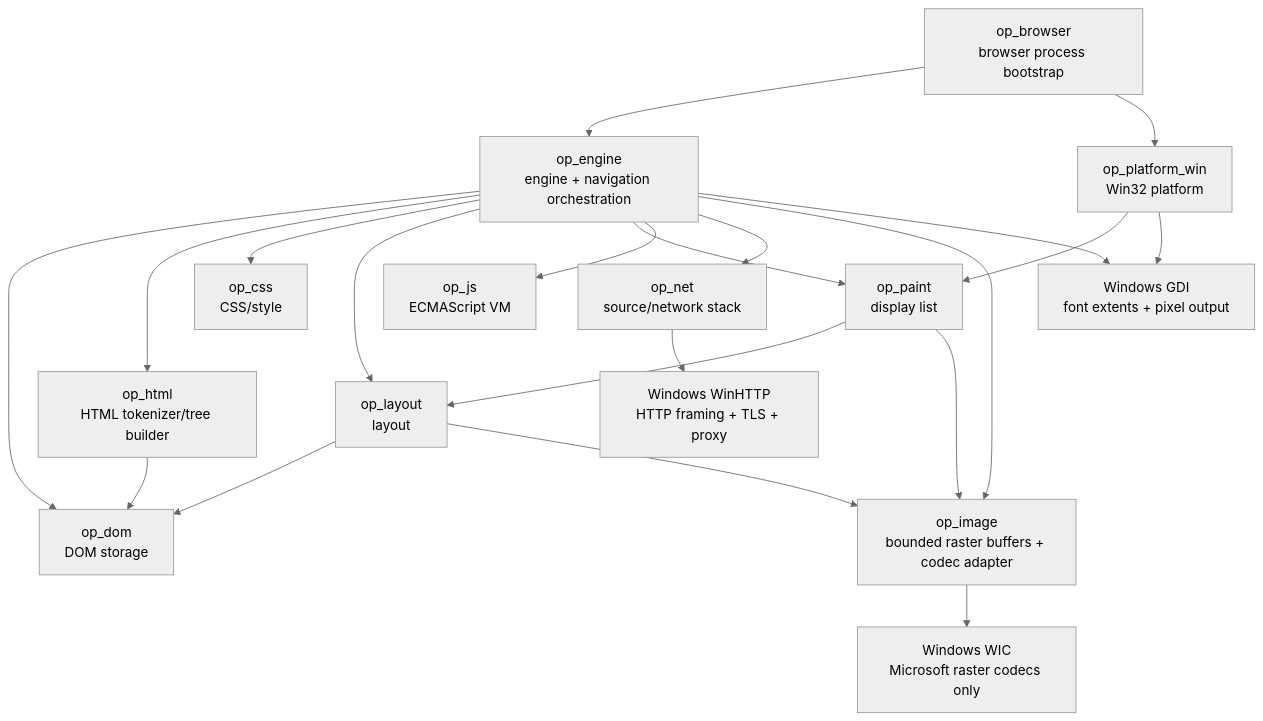
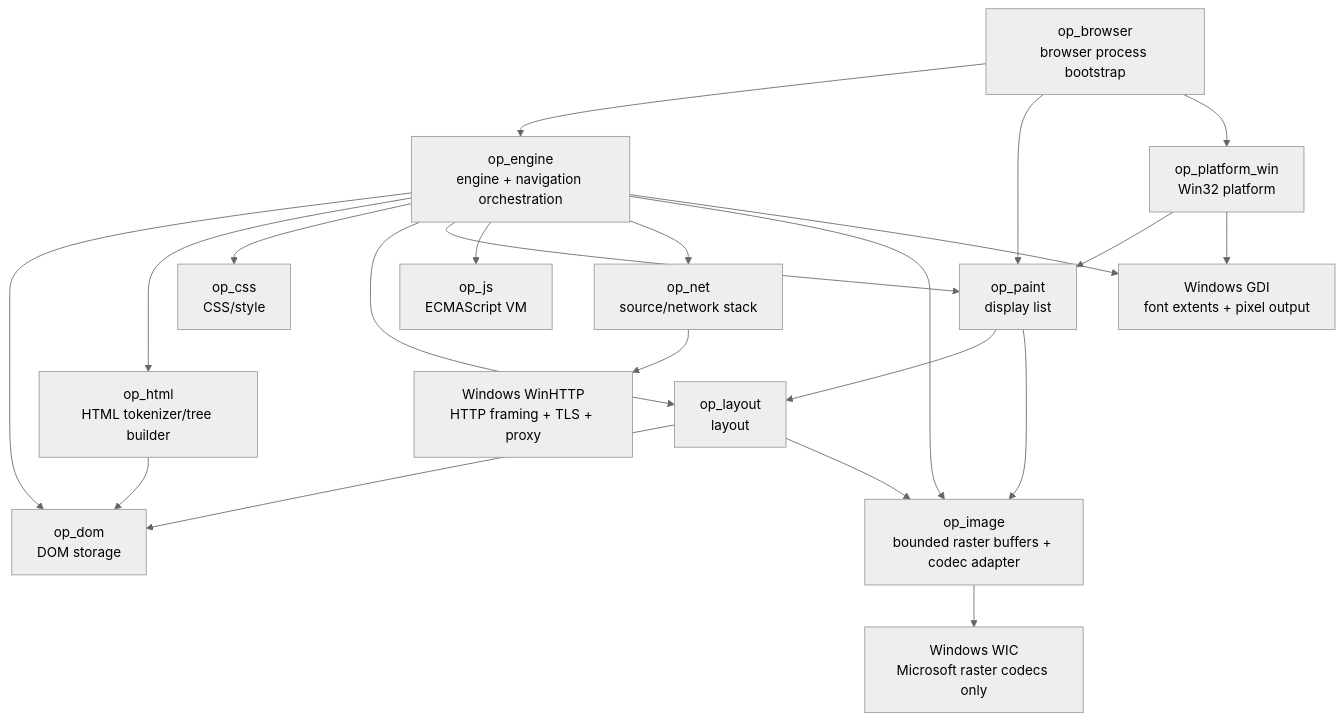
Before and after one commit to Gerbesh/OPBrowser: the first of 2 diagrams in docs/CODE_GRAPH.md, drawn with Mermaid (neutral theme). The commit also changed other lines of this file and 23 other files, not shown here.

````diff
--- a/docs/CODE_GRAPH.md
+++ b/docs/CODE_GRAPH.md
@@ -10,38 +10,39 @@
 ```mermaid
 graph TD
     B[op_browser<br/>browser process bootstrap]
     E[op_engine<br/>engine + navigation orchestration]
     W[op_platform_win<br/>Win32 platform]
     D[op_dom<br/>DOM storage]
     H[op_html<br/>HTML tokenizer/tree builder]
     C[op_css<br/>CSS/style]
     L[op_layout<br/>layout]
     P[op_paint<br/>display list]
     J[op_js<br/>ECMAScript VM]
     N[op_net<br/>source/network stack]
     T[Windows WinHTTP<br/>HTTP framing + TLS + proxy]
     I[op_image<br/>bounded raster buffers + codec adapter]
     K[Windows WIC<br/>Microsoft raster codecs only]
     G[Windows GDI<br/>font extents + pixel output]
 
     B --> E
+    B --> P
     B --> W
     E --> D
     E --> H
     E --> C
     E --> L
     E --> P
     E --> J
     E --> N
     E --> I
     E --> G
     N --> T
     H --> D
     L --> D
     L --> I
     P --> L
     P --> I
     I --> K
     W --> P
     W --> G
 ```
````
